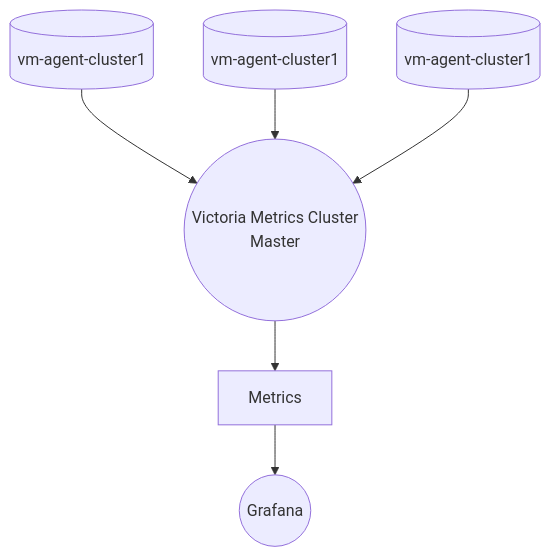
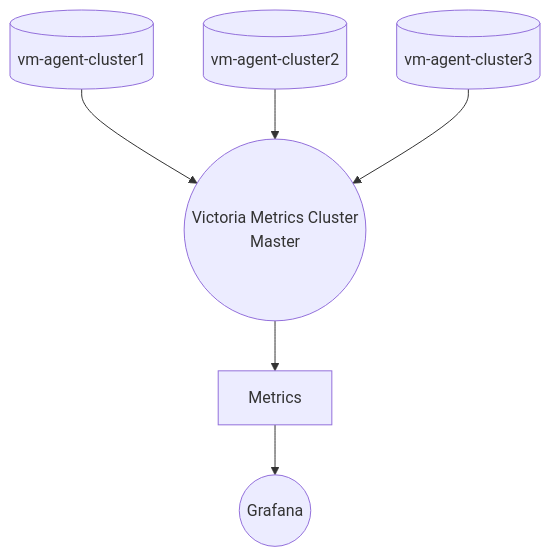
The diagram in README.md (aswindevs/multi-cluster-monitoring), drawn with Mermaid before and after one commit.

Commit message:
update: readme

````diff
--- a/README.md
+++ b/README.md
@@ -6,10 +6,10 @@
 ```mermaid
 
 graph TD
 C[(vm-agent-cluster1)] --> B
-D[(vm-agent-cluster1)] --> B
-E[(vm-agent-cluster1)] --> B
+D[(vm-agent-cluster2)] --> B
+E[(vm-agent-cluster3)] --> B
 B((Victoria Metrics Cluster 
 Master )) --> Metrics --> A(( Grafana ))
 
 ```
````
